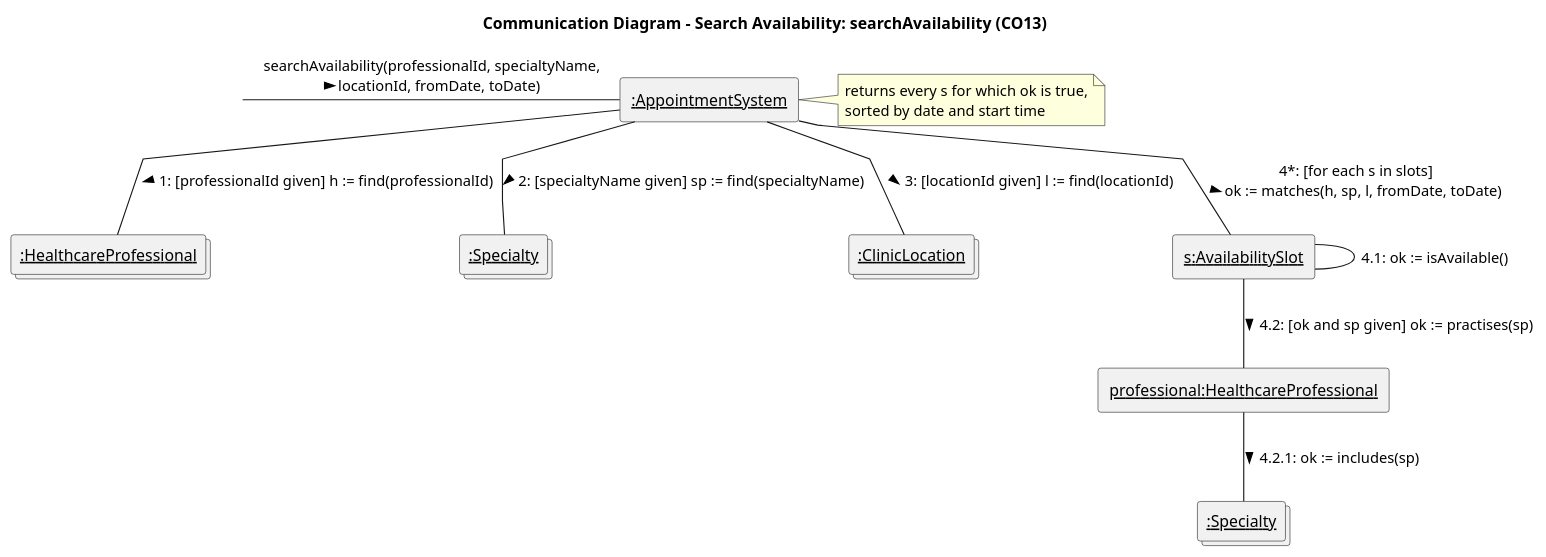
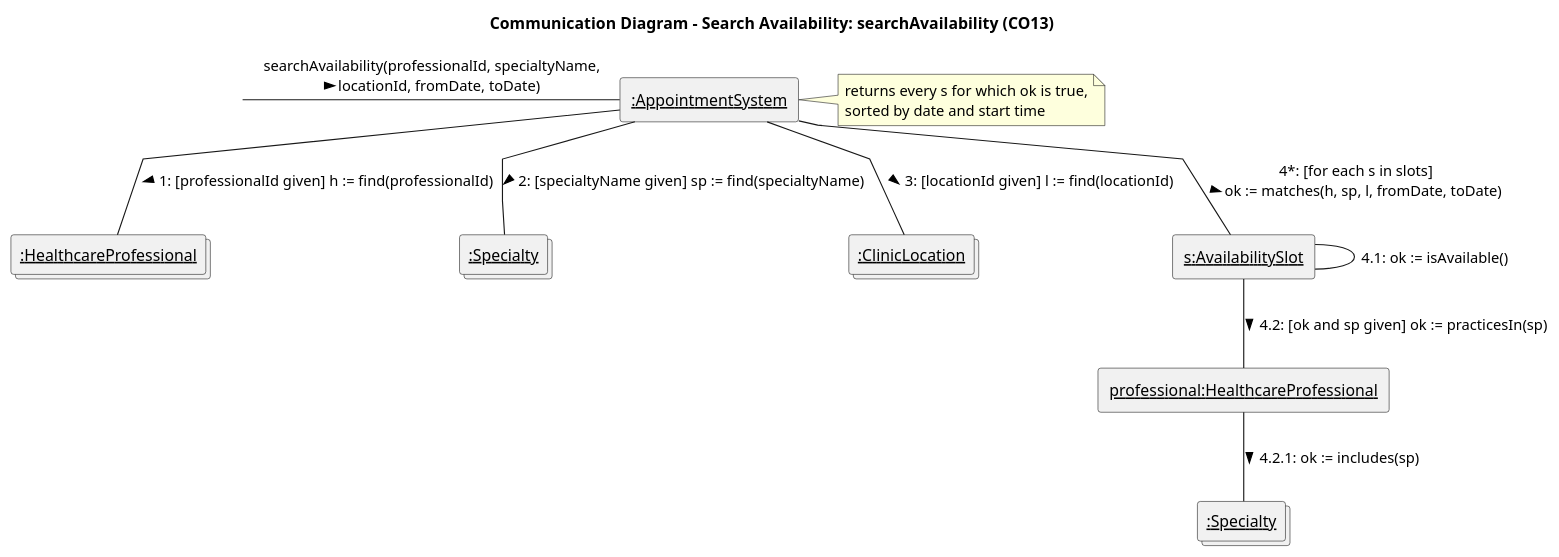
One commit to rakib-akter/SOEN-342-Project changed the diagram in docs/interaction-diagrams/search-availability.puml. Above: the diagram before and after it, drawn with PlantUML. The commit also changed 4 other files, not shown here.

```diff
--- a/docs/interaction-diagrams/search-availability.puml
+++ b/docs/interaction-diagrams/search-availability.puml
@@ -1,28 +1,28 @@
 @startuml search-availability
 title Communication Diagram - Search Availability: searchAvailability (CO13)
 skinparam linetype polyline
 
 label " " as start
 rectangle "<u>:AppointmentSystem</u>" as ctrl
 collections "<u>:HealthcareProfessional</u>" as professionals
 collections "<u>:Specialty</u>" as specialties
 collections "<u>:ClinicLocation</u>" as locations
 rectangle "<u>s:AvailabilitySlot</u>" as s
 rectangle "<u>professional:HealthcareProfessional</u>" as hp
 collections "<u>:Specialty</u>" as hpSpecialties
 
 start -right- ctrl : "searchAvailability(professionalId, specialtyName,\nlocationId, fromDate, toDate) >"
 
 ctrl -- professionals : "1: [professionalId given] h := find(professionalId) >"
 ctrl -- specialties : "2: [specialtyName given] sp := find(specialtyName) >"
 ctrl -- locations : "3: [locationId given] l := find(locationId) >"
 ctrl -- s : "4*: [for each s in slots]\nok := matches(h, sp, l, fromDate, toDate) >"
 s -- s : "4.1: ok := isAvailable()"
-s -- hp : "4.2: [ok and sp given] ok := practises(sp) >"
+s -- hp : "4.2: [ok and sp given] ok := practicesIn(sp) >"
 hp -- hpSpecialties : "4.2.1: ok := includes(sp) >"
 
 note right of ctrl
   returns every s for which ok is true,
   sorted by date and start time
 end note
 @enduml
```
